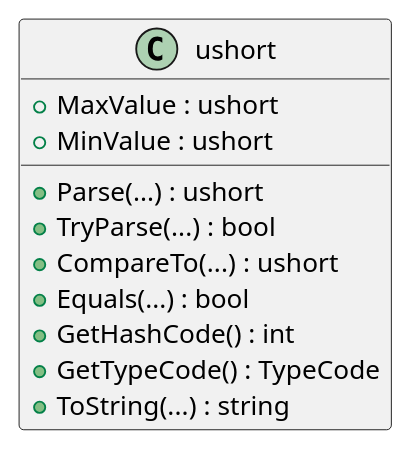
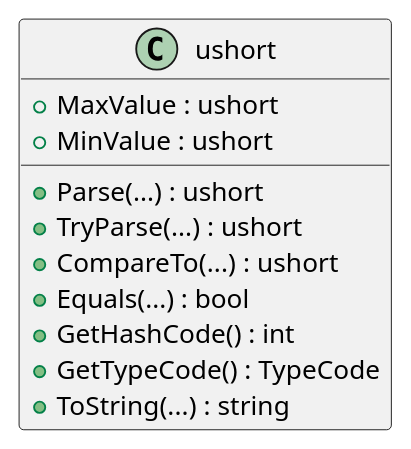
One commit to 03376836-OOP-2566/03376836-OOP-2566-Lab-02 changed the fourth of 7 diagrams in 65030258_HOMEWORK/Lab-02-part-1/README.md. Above: the diagram before and after it, drawn with PlantUML. The commit also changed other lines of this file, not shown here.

````diff
--- a/65030258_HOMEWORK/Lab-02-part-1/README.md
+++ b/65030258_HOMEWORK/Lab-02-part-1/README.md
@@ -69,18 +69,18 @@
 ```plantuml
 @startuml
 class ushort
 {
   + MaxValue : ushort
   + MinValue : ushort
 
   + Parse(...) : ushort
-  + TryParse(...) : bool
+  + TryParse(...) : ushort
   + CompareTo(...) : ushort
   + Equals(...) : bool
   + GetHashCode() : int
   + GetTypeCode() : TypeCode
   + ToString(...) : string
 }
 @enduml
 #Sittha Klaphanich
 ```
````
